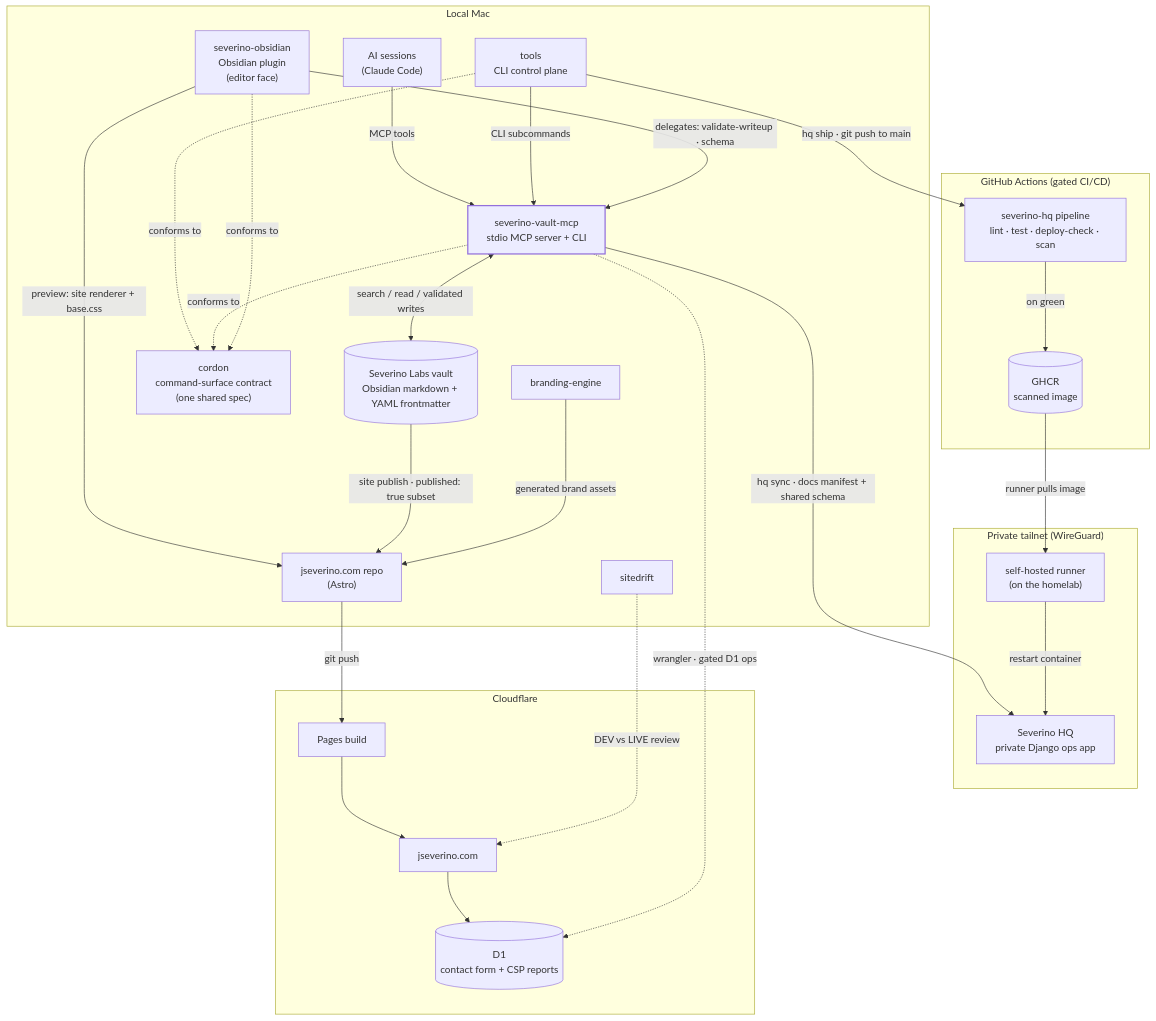
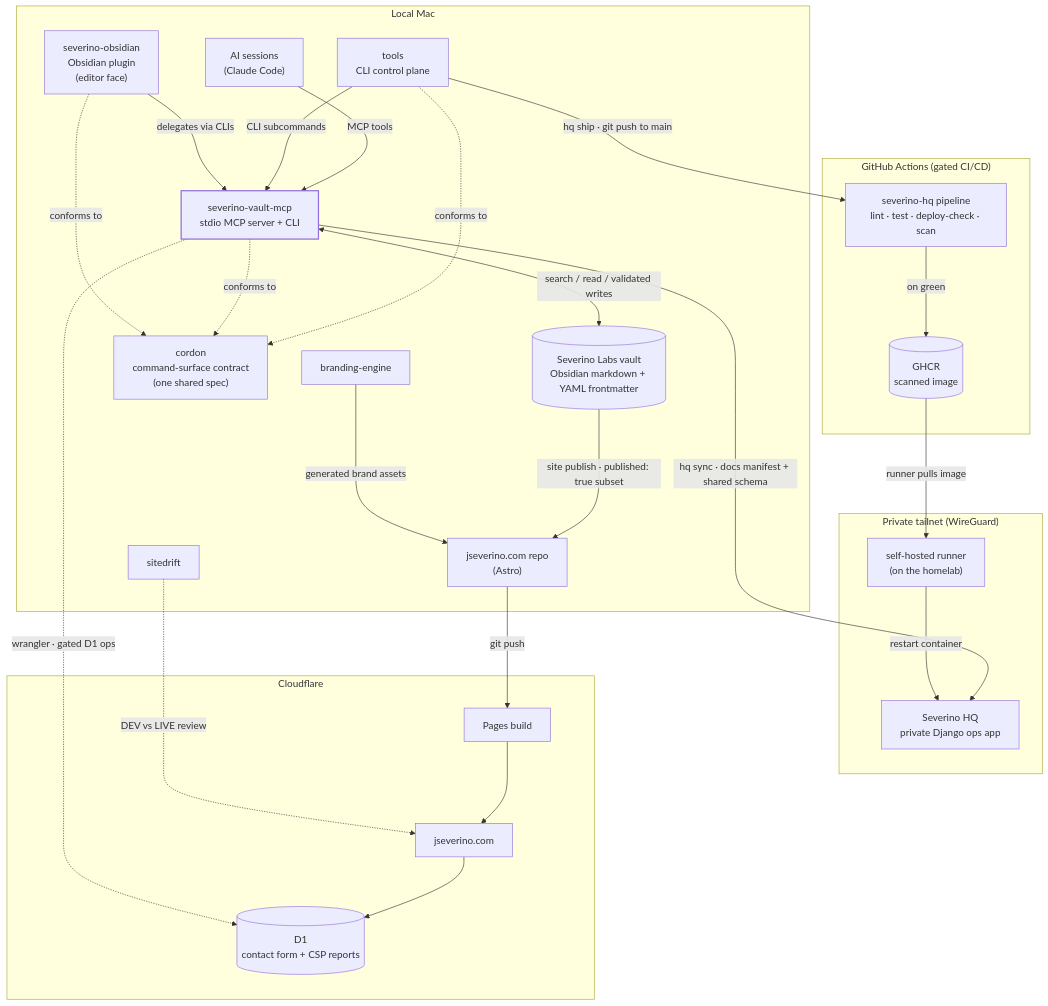
The diagram in docs/diagrams/architecture.mmd (joeseverino/joeseverino), drawn with Mermaid before and after one commit. The commit also changed 1 other file, not shown here.

Commit message:
docs: editor face in the architecture, MCP command surface + TUIs

```diff
--- a/docs/diagrams/architecture.mmd
+++ b/docs/diagrams/architecture.mmd
@@ -1,54 +1,53 @@
 %%{init: {'flowchart': {'rankSpacing': 80, 'nodeSpacing': 55}}}%%
 flowchart TB
     subgraph mac["Local Mac"]
         vault[("Severino Labs vault<br/>Obsidian markdown + YAML frontmatter")]
         mcp["severino-vault-mcp<br/>stdio MCP server + CLI"]
         ai["AI sessions<br/>(Claude Code)"]
         tools["tools<br/>CLI control plane"]
         obsidian["severino-obsidian<br/>Obsidian plugin<br/>(editor face)"]
         cordon["cordon<br/>command-surface contract<br/>(one shared spec)"]
         siterepo["jseverino.com repo<br/>(Astro)"]
         brand["branding-engine"]
         drift["sitedrift"]
     end
 
     subgraph gh["GitHub Actions (gated CI/CD)"]
         ci["severino-hq pipeline<br/>lint · test · deploy-check · scan"]
         ghcr[("GHCR<br/>scanned image")]
     end
 
     subgraph tailnet["Private tailnet (WireGuard)"]
         runner["self-hosted runner<br/>(on the homelab)"]
         hq["Severino HQ<br/>private Django ops app"]
     end
 
     subgraph cf["Cloudflare"]
         pages["Pages build"]
         site["jseverino.com"]
         d1[("D1<br/>contact form + CSP reports")]
     end
 
     ai -->|"MCP tools"| mcp
     tools -->|"CLI subcommands"| mcp
-    obsidian -->|"delegates: validate-writeup · schema"| mcp
-    obsidian -->|"preview: site renderer + base.css"| siterepo
+    obsidian -->|"delegates via CLIs"| mcp
     mcp <-->|"search / read / validated writes"| vault
     mcp -->|"hq sync · docs manifest + shared schema"| hq
     tools -->|"hq ship · git push to main"| ci
     ci -->|"on green"| ghcr
     ghcr -->|"runner pulls image"| runner
     runner -->|"restart container"| hq
     vault -->|"site publish · published: true subset"| siterepo
     brand -->|"generated brand assets"| siterepo
     siterepo -->|"git push"| pages
     pages --> site
     site --> d1
     mcp -.->|"wrangler · gated D1 ops"| d1
     drift -.->|"DEV vs LIVE review"| site
     tools -.->|"conforms to"| cordon
     mcp -.->|"conforms to"| cordon
     obsidian -.->|"conforms to"| cordon
 
     %% the control-plane hub every surface flows through — styled by .anchor in the shared theme
     classDef anchor stroke-width:2px;
     class mcp anchor;
```
